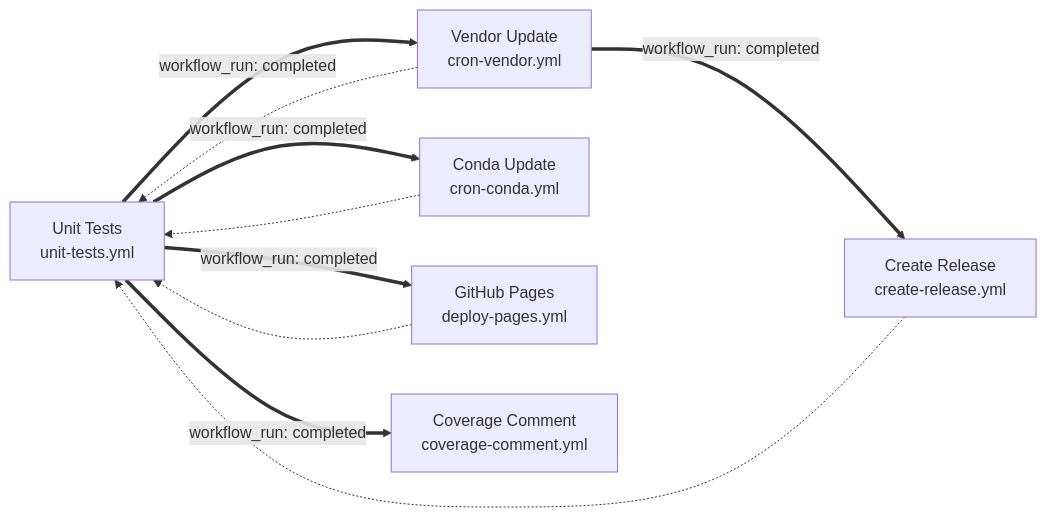
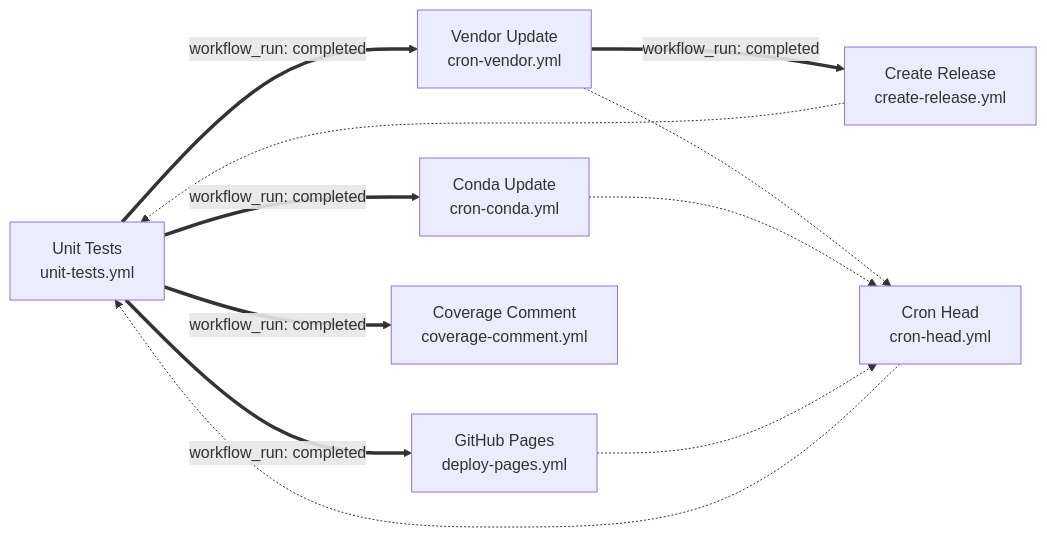
Before and after one commit to JarryShaw/PyPCAPKit: the second of 3 diagrams in docs/source/contributing/workflows.rst, drawn with Mermaid. The commit also changed other lines of this file and 11 other files, not shown here.

First line of the commit message:
ci: share one reusable head across the cron workflows (#1967)

```diff
--- a/docs/source/contributing/workflows.rst
+++ b/docs/source/contributing/workflows.rst
@@ -206,20 +213,22 @@
 .. mermaid::
 
    flowchart LR
        UT["Unit Tests<br/>unit-tests.yml"]
        VU["Vendor Update<br/>cron-vendor.yml"]
        CU["Conda Update<br/>cron-conda.yml"]
        GP["GitHub Pages<br/>deploy-pages.yml"]
+       CH["Cron Head<br/>cron-head.yml"]
        CC["Coverage Comment<br/>coverage-comment.yml"]
        CR["Create Release<br/>create-release.yml"]
 
        UT ==>|workflow_run: completed| VU
        UT ==>|workflow_run: completed| CU
        UT ==>|workflow_run: completed| GP
        VU ==>|workflow_run: completed| CR
        UT ==>|workflow_run: completed| CC
 
-       VU -.-> UT
-       CU -.-> UT
-       GP -.-> UT
+       VU -.-> CH
+       CU -.-> CH
+       GP -.-> CH
+       CH -.-> UT
        CR -.-> UT
```
